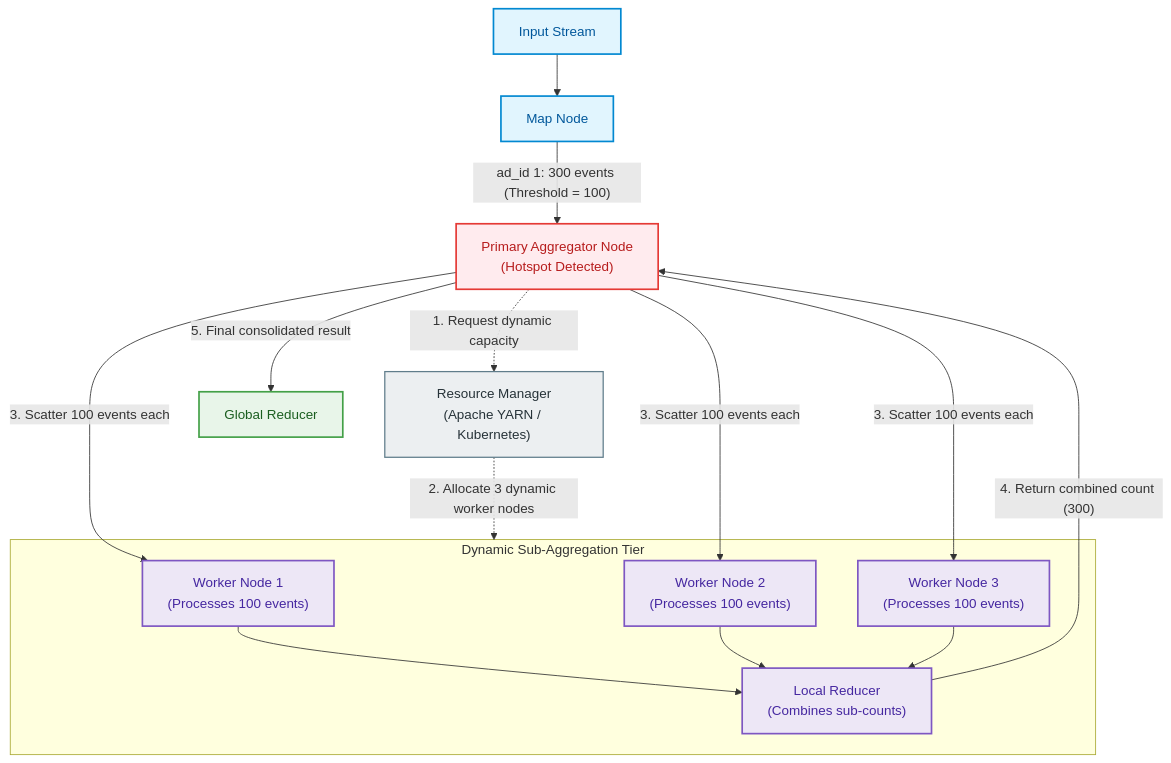
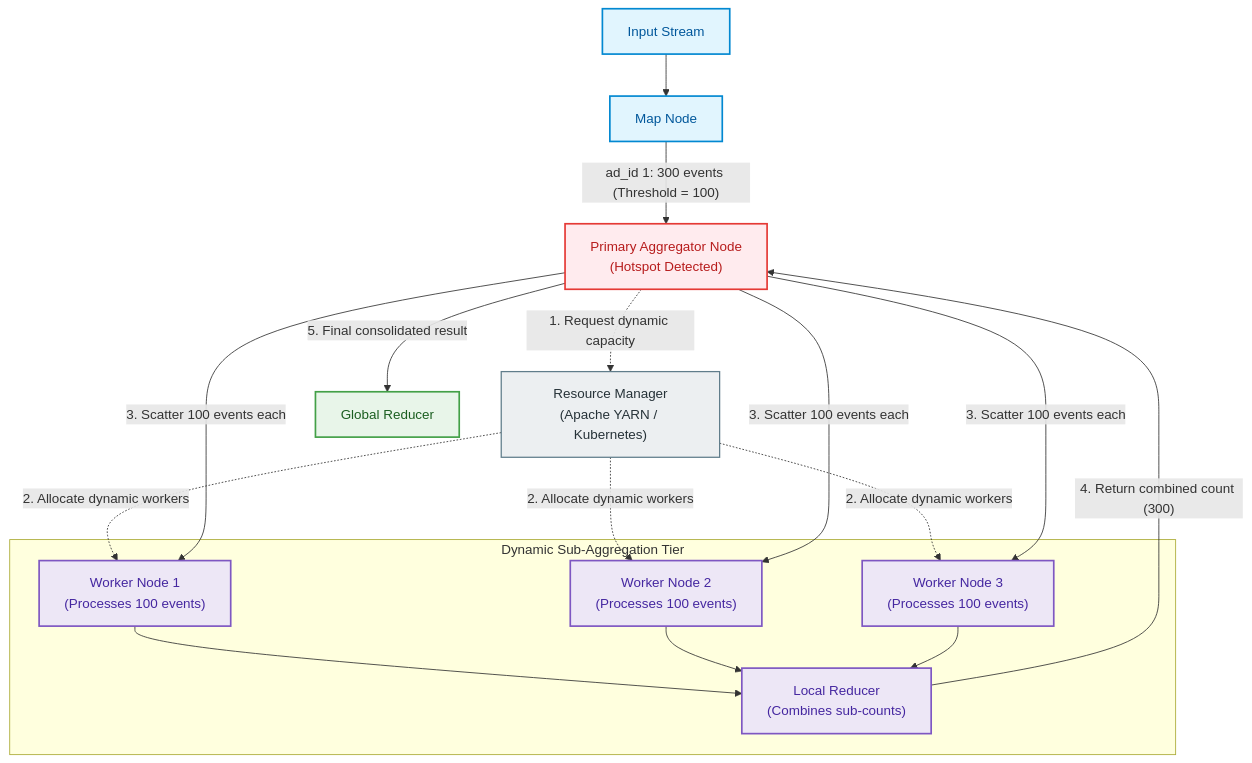
One commit to xinachilles/System-Design changed the fifth of 6 diagrams in Stream/Figure-28-Final-Design-Architecture.md. Above: the diagram before and after it, drawn with Mermaid. The commit also changed other lines of this file and 4 other files, not shown here.

````diff
--- a/Stream/Figure-28-Final-Design-Architecture.md
+++ b/Stream/Figure-28-Final-Design-Architecture.md
@@ -253,32 +329,42 @@
 ```mermaid
 flowchart TB
     classDef mapStyle fill:#e1f5fe,stroke:#0288d1,stroke-width:2px,color:#01579b
     classDef mgrStyle fill:#eceff1,stroke:#607d8b,stroke-width:1.5px,color:#263238
     classDef hotStyle fill:#ffebee,stroke:#e53935,stroke-width:2px,color:#b71c1c
     classDef subStyle fill:#ede7f6,stroke:#7e57c2,stroke-width:2px,color:#4527a0
     classDef outStyle fill:#e8f5e9,stroke:#43a047,stroke-width:2px,color:#1b5e20
 
-    INPUT["Input Stream"]:::mapStyle --> MAP["Map Node"]:::mapStyle
-    MAP -->|"ad_id 1: 300 events (Threshold = 100)"| AGG_HOT["Primary Aggregator Node<br>(Hotspot Detected)"]:::hotStyle
-    
-    AGG_HOT -.->|"1. Request dynamic capacity"| RM["Resource Manager<br>(Apache YARN / Kubernetes)"]:::mgrStyle
-    RM -.->|"2. Allocate 3 dynamic worker nodes"| SUB_CLUSTER
-    
+    %% Node Declarations
+    INPUT["Input Stream"]:::mapStyle
+    MAP["Map Node"]:::mapStyle
+    AGG_HOT["Primary Aggregator Node<br>(Hotspot Detected)"]:::hotStyle
+    RM["Resource Manager<br>(Apache YARN / Kubernetes)"]:::mgrStyle
+    FINAL_RED["Global Reducer"]:::outStyle
+
     subgraph SUB_CLUSTER ["Dynamic Sub-Aggregation Tier"]
         SUB_A1["Worker Node 1<br>(Processes 100 events)"]:::subStyle
         SUB_A2["Worker Node 2<br>(Processes 100 events)"]:::subStyle
         SUB_A3["Worker Node 3<br>(Processes 100 events)"]:::subStyle
         LOCAL_RED["Local Reducer<br>(Combines sub-counts)"]:::subStyle
     end
+
+    %% Pipeline Connections
+    INPUT --> MAP
+    MAP -->|"ad_id 1: 300 events (Threshold = 100)"| AGG_HOT
+    
+    AGG_HOT -.->|"1. Request dynamic capacity"| RM
+    RM -.->|"2. Allocate dynamic workers"| SUB_A1
+    RM -.->|"2. Allocate dynamic workers"| SUB_A2
+    RM -.->|"2. Allocate dynamic workers"| SUB_A3
 
     AGG_HOT -->|"3. Scatter 100 events each"| SUB_A1
     AGG_HOT -->|"3. Scatter 100 events each"| SUB_A2
     AGG_HOT -->|"3. Scatter 100 events each"| SUB_A3
 
     SUB_A1 --> LOCAL_RED
     SUB_A2 --> LOCAL_RED
     SUB_A3 --> LOCAL_RED
 
     LOCAL_RED -->|"4. Return combined count (300)"| AGG_HOT
-    AGG_HOT -->|"5. Final consolidated result"| FINAL_RED["Global Reducer"]:::outStyle
+    AGG_HOT -->|"5. Final consolidated result"| FINAL_RED
 ```
````
